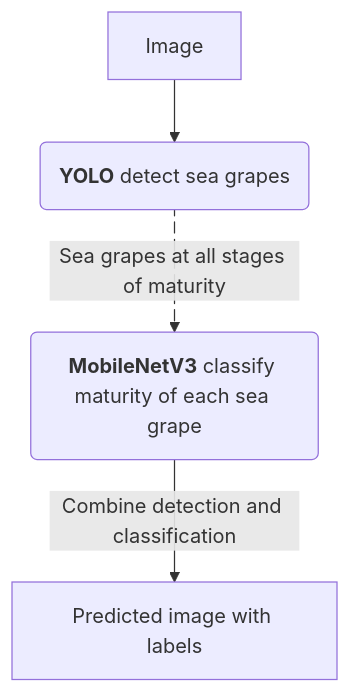
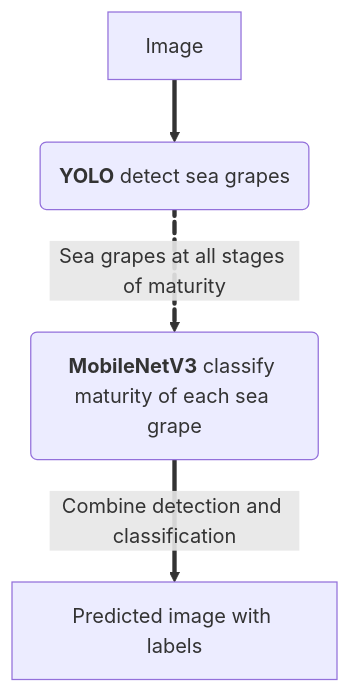
The diagram in README.md (kORNkin/InspireLab-SeaGrapeDetection), drawn with Mermaid before and after one commit. The commit also changed other lines of this file, not shown here.

````diff
--- a/README.md
+++ b/README.md
@@ -11,7 +11,7 @@
 ```mermaid
 graph TD;
-    image[Image] --> yolo("`**YOLO** detect sea grapes`");
-    yolo e1@--> |Sea grapes at all stages of maturity| classifier("`**MobileNetV3** classify maturity of each sea grape`");
+    image[Image] ==> yolo("`**YOLO** detect sea grapes`");
+    yolo e1@==> |Sea grapes at all stages of maturity| classifier("`**MobileNetV3** classify maturity of each sea grape`");
     e1@{ animation: fast }
-    classifier -- Combine detection and classification --> result[Predicted image with labels]
+    classifier == Combine detection and classification ==> result[Predicted image with labels]
 ```
````
